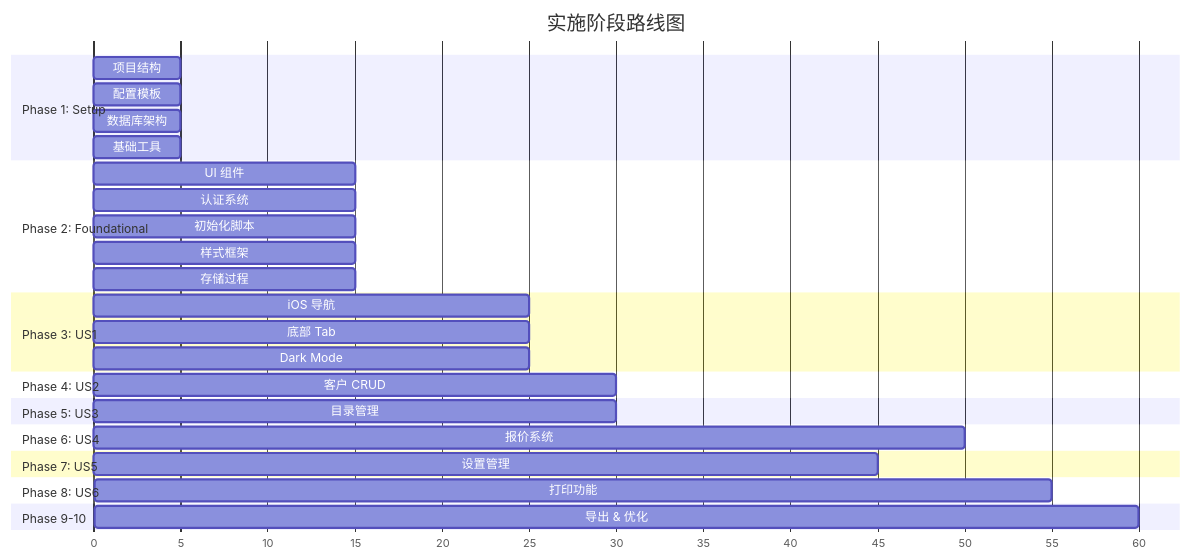
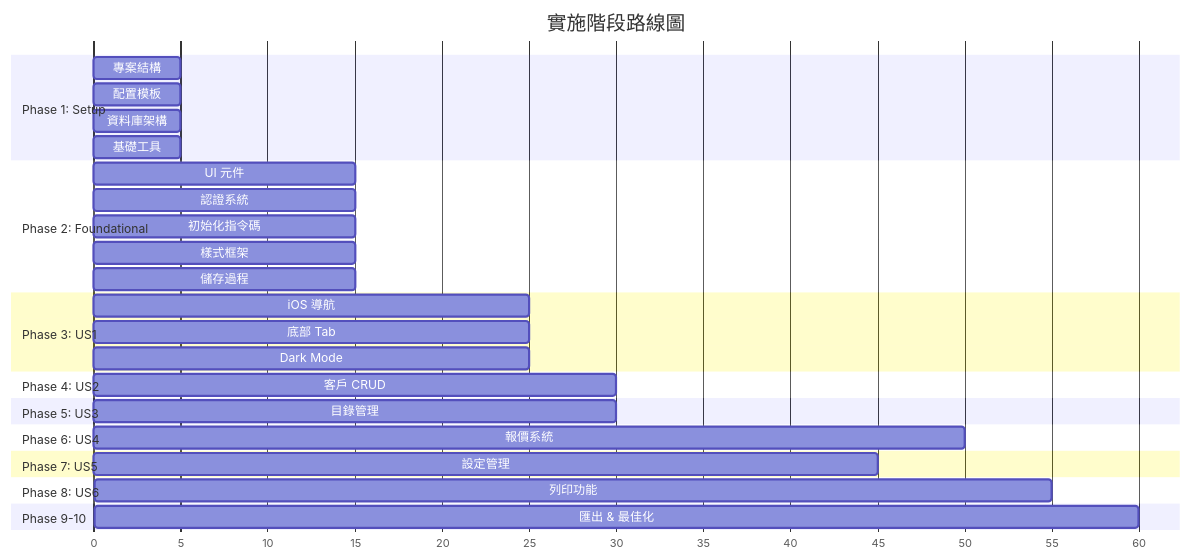
One commit to DylanChiang-Dev/quotabase-lite changed the third of 3 diagrams in specs/002-integrated-quote-system/CLAUDE.md. Above: the diagram before and after it, drawn with Mermaid. The commit also changed other lines of this file and 61 other files, not shown here.

````diff
--- a/specs/002-integrated-quote-system/CLAUDE.md
+++ b/specs/002-integrated-quote-system/CLAUDE.md
@@ -239,42 +239,42 @@
 ```mermaid
 gantt
-    title 实施阶段路线图
+    title 實施階段路線圖
     dateFormat  X
     axisFormat %s
 
     Section Phase 1: Setup
-    项目结构               :0, 5
+    專案結構               :0, 5
     配置模板               :0, 5
-    数据库架构             :0, 5
-    基础工具               :0, 5
+    資料庫架構             :0, 5
+    基礎工具               :0, 5
 
     Section Phase 2: Foundational
-    UI 组件               :5, 15
-    认证系统               :5, 15
-    初始化脚本             :5, 15
-    样式框架               :5, 15
-    存储过程               :5, 15
+    UI 元件               :5, 15
+    認證系統               :5, 15
+    初始化指令碼             :5, 15
+    樣式框架               :5, 15
+    儲存過程               :5, 15
 
     Section Phase 3: US1
-    iOS 导航               :15, 25
+    iOS 導航               :15, 25
     底部 Tab               :15, 25
     Dark Mode             :15, 25
 
     Section Phase 4: US2
-    客户 CRUD             :15, 30
+    客戶 CRUD             :15, 30
 
     Section Phase 5: US3
-    目录管理              :15, 30
+    目錄管理              :15, 30
 
     Section Phase 6: US4
-    报价系统              :30, 50
+    報價系統              :30, 50
 
     Section Phase 7: US5
-    设置管理              :30, 45
+    設定管理              :30, 45
 
     Section Phase 8: US6
-    打印功能              :45, 55
+    列印功能              :45, 55
 
     Section Phase 9-10
-    导出 & 优化           :50, 60
+    匯出 & 最佳化           :50, 60
 ```
````
